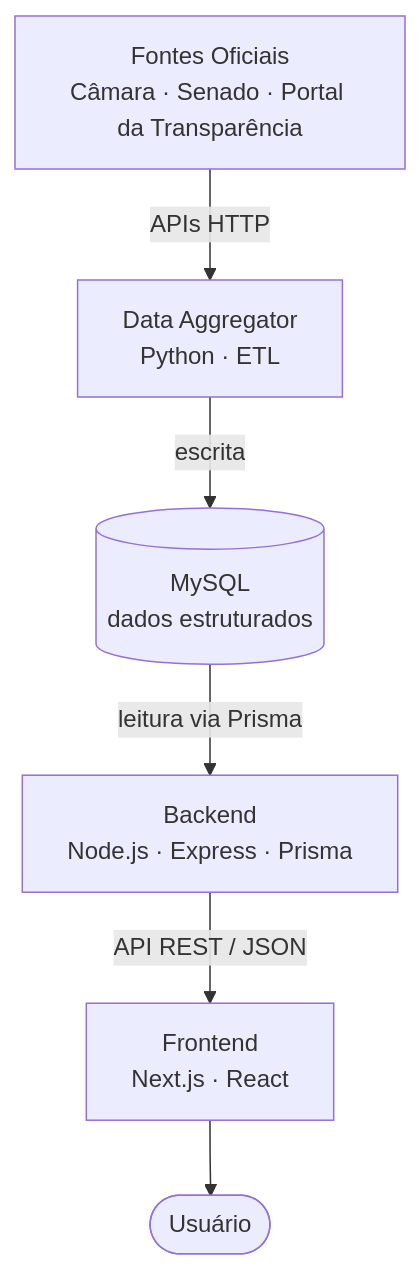
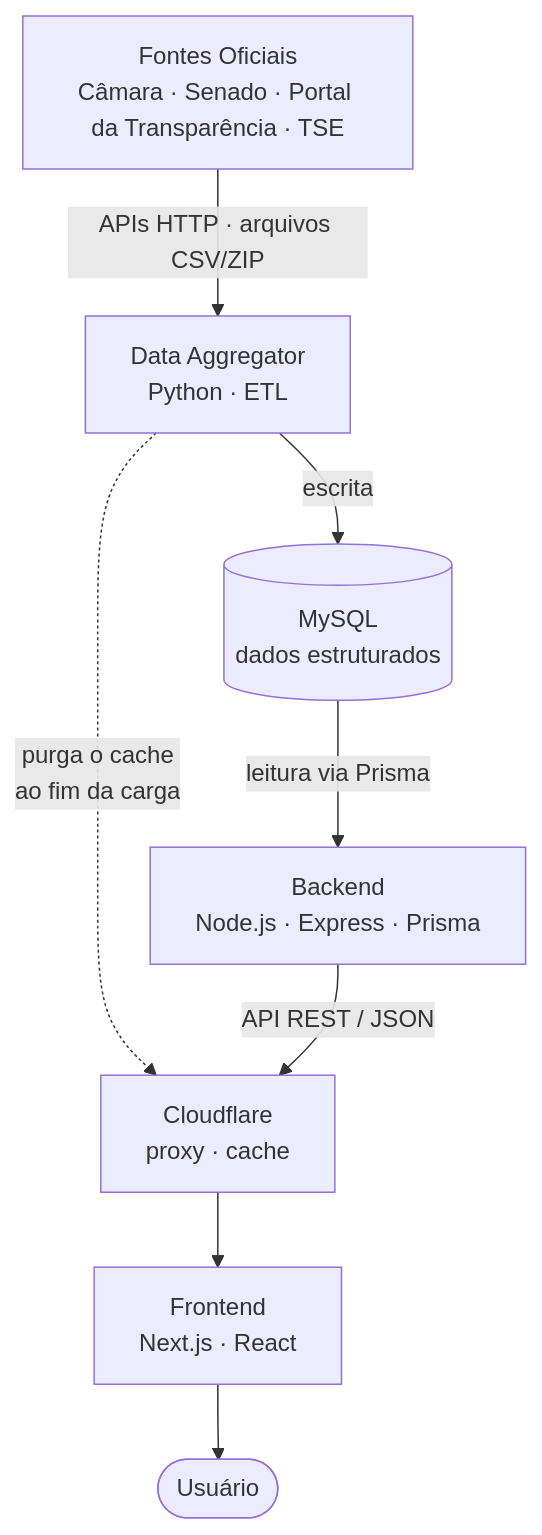
One commit to Projeto-Voto-Vivo/Documentacao changed the first of 19 diagrams in diagramas.md. Above: the diagram before and after it, drawn with Mermaid. The commit also changed other lines of this file, not shown here.

Commit message:
update diagrams

````diff
--- a/diagramas.md
+++ b/diagramas.md
@@ -26,15 +26,18 @@
 ```mermaid
 flowchart TD
-    FO["Fontes Oficiais<br/>Câmara · Senado · Portal da Transparência"]
+    FO["Fontes Oficiais<br/>Câmara · Senado · Portal da Transparência · TSE"]
     DA["Data Aggregator<br/>Python · ETL"]
     DB[("MySQL<br/>dados estruturados")]
     BE["Backend<br/>Node.js · Express · Prisma"]
+    CF["Cloudflare<br/>proxy · cache"]
     FE["Frontend<br/>Next.js · React"]
     U(["Usuário"])
 
-    FO -->|APIs HTTP| DA
+    FO -->|APIs HTTP · arquivos CSV/ZIP| DA
     DA -->|escrita| DB
+    DA -.->|"purga o cache<br/>ao fim da carga"| CF
     DB -->|leitura via Prisma| BE
-    BE -->|API REST / JSON| FE
+    BE -->|API REST / JSON| CF
+    CF --> FE
     FE --> U
 ```
````
